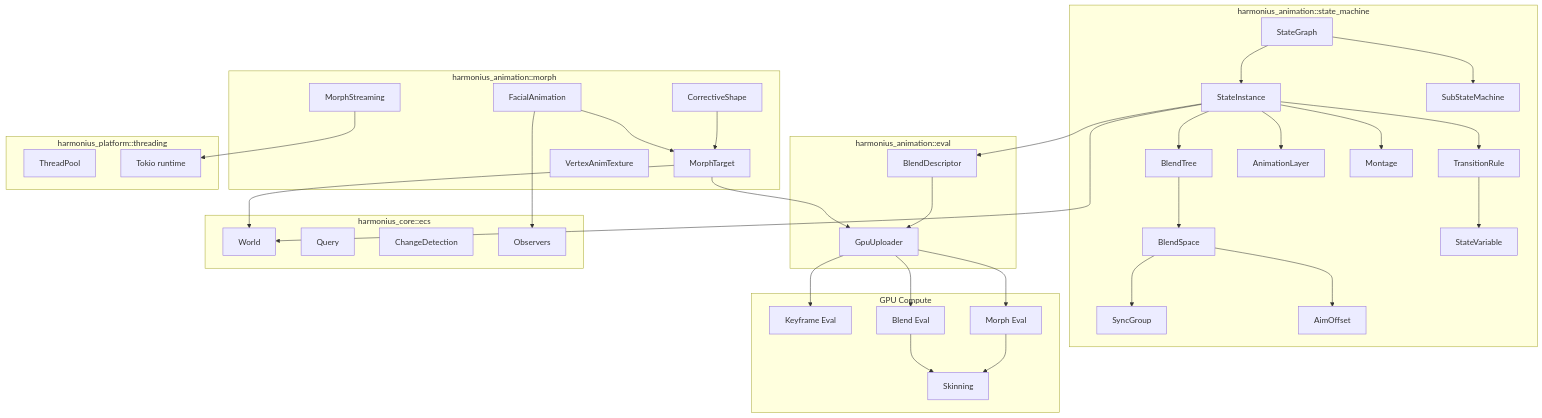
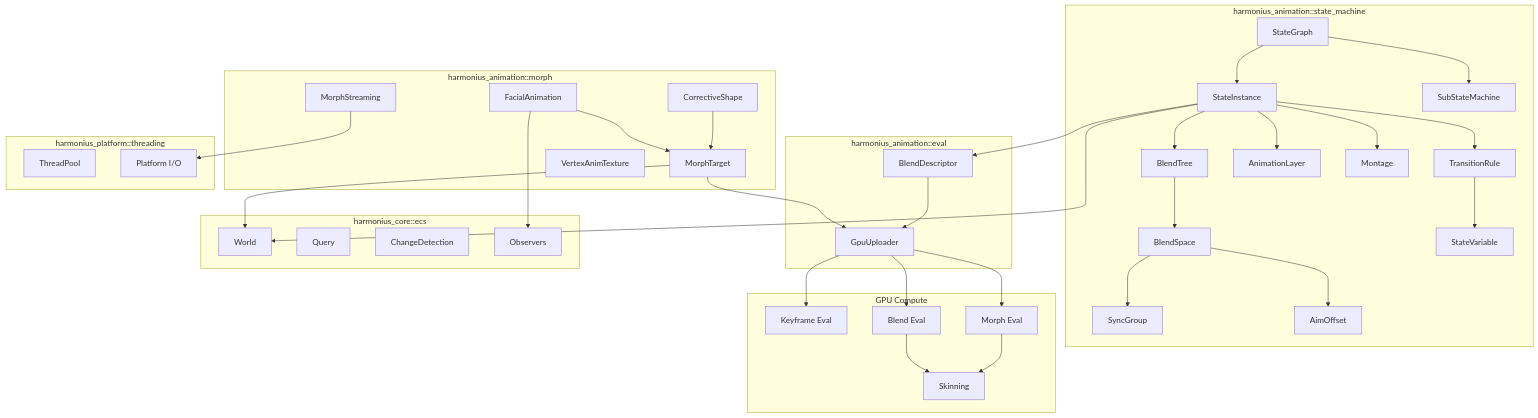
One commit to harmonius-dev/harmonius changed the first of 8 diagrams in docs/design/animation/state-machine.md. Above: the diagram before and after it, drawn with Mermaid. The commit also changed other lines of this file and 143 other files, not shown here.

````diff
--- a/docs/design/animation/state-machine.md
+++ b/docs/design/animation/state-machine.md
@@ -106,76 +145,76 @@
 ```mermaid
 graph TD
     subgraph sm["harmonius_animation::state_machine"]
         SG[StateGraph]
         SI[StateInstance]
         TR[TransitionRule]
         BT[BlendTree]
         BS[BlendSpace]
         SSM[SubStateMachine]
         AL[AnimationLayer]
         MO[Montage]
         SV[StateVariable]
         SYG[SyncGroup]
         AO[AimOffset]
     end
 
     subgraph mo["harmonius_animation::morph"]
         MT[MorphTarget]
         CS[CorrectiveShape]
         FA[FacialAnimation]
         VA[VertexAnimTexture]
         MS[MorphStreaming]
     end
 
     subgraph ev["harmonius_animation::eval"]
         BD[BlendDescriptor]
         GU[GpuUploader]
     end
 
     subgraph ecs["harmonius_core::ecs"]
         W[World]
         Q[Query]
         CD[ChangeDetection]
         OB[Observers]
     end
 
     subgraph th["harmonius_platform::threading"]
         TP[ThreadPool]
-        RE[Tokio runtime]
+        IO[Platform I/O]
     end
 
     subgraph gpu["GPU Compute"]
         KC[Keyframe Eval]
         BC[Blend Eval]
         MC[Morph Eval]
         SK[Skinning]
     end
 
     SG --> SI
     SI --> TR
     SI --> BT
     BT --> BS
     SG --> SSM
     SI --> AL
     SI --> MO
     TR --> SV
     BS --> SYG
     BS --> AO
 
     SI --> BD
     BD --> GU
     MT --> GU
     CS --> MT
     FA --> MT
 
     GU --> KC
     GU --> BC
     GU --> MC
     MC --> SK
     BC --> SK
 
-    MS --> RE
+    MS --> IO
     SI --> W
     MT --> W
     FA --> OB
 ```
````
